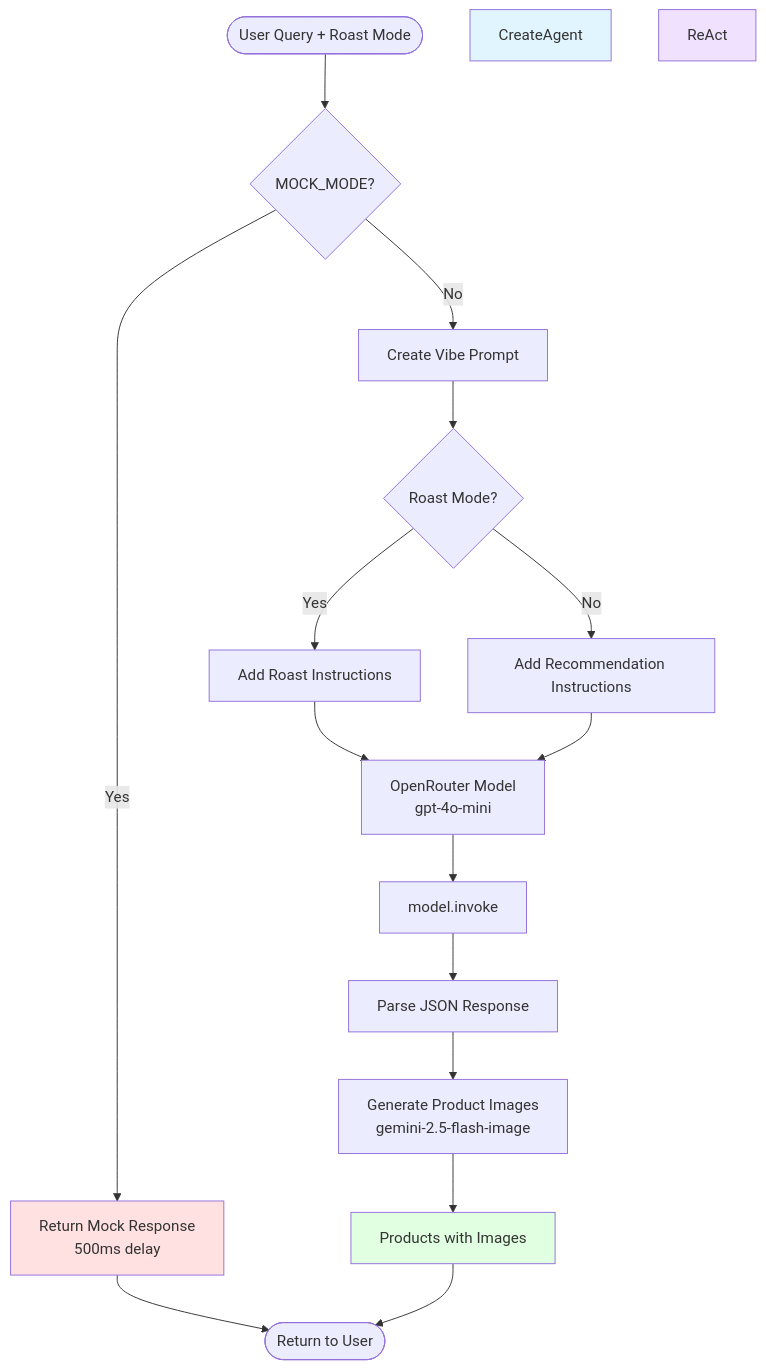
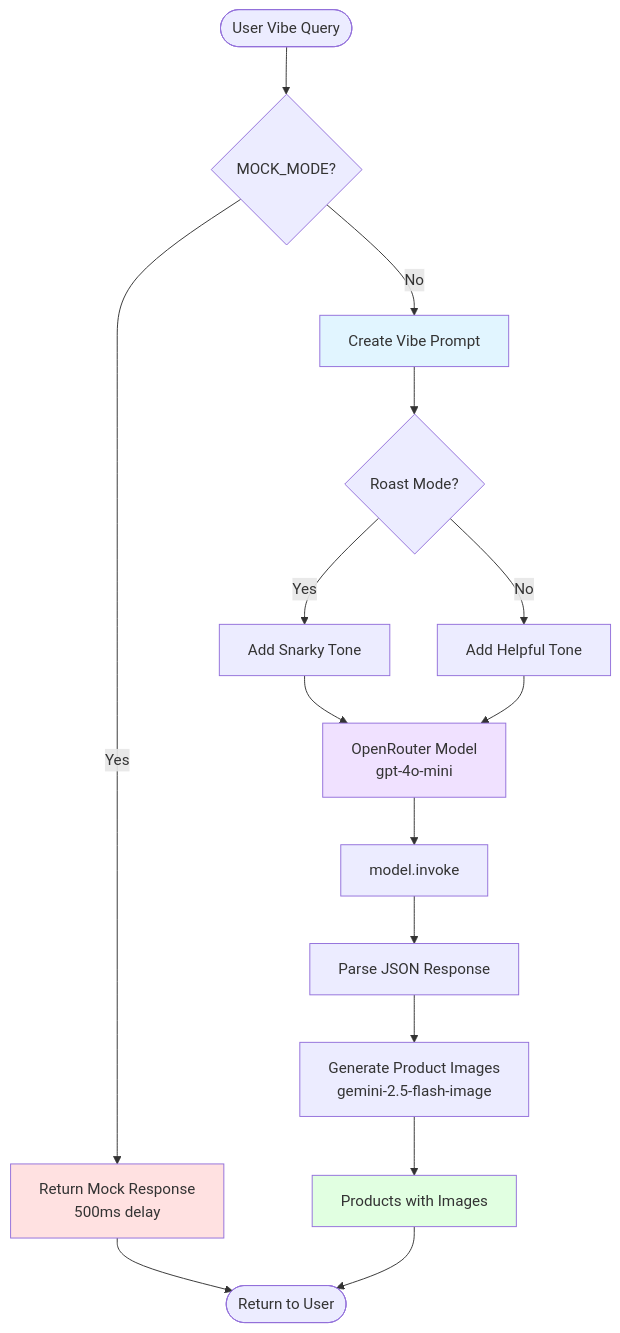
The fifth of 11 diagrams in ARCHITECTURE.md (shrutikapoor08/codetv-openrouter-vibe-to-cart), drawn with Mermaid before and after one commit. The commit also changed other lines of this file, not shown here.

First line of the commit message:
docs: split AI Agent Service into Recommendations and Roast Me services in architecture

````diff
--- a/ARCHITECTURE.md
+++ b/ARCHITECTURE.md
@@ -329,28 +335,28 @@
 ```mermaid
 flowchart TD
-    Start([User Query + Roast Mode]) --> MockCheck{MOCK_MODE?}
+    Start([User Vibe Query]) --> MockCheck{MOCK_MODE?}
 
     MockCheck -->|Yes| MockResponse[Return Mock Response<br/>500ms delay]
     MockCheck -->|No| CreatePrompt[Create Vibe Prompt]
 
     CreatePrompt --> RoastCheck{Roast Mode?}
-    RoastCheck -->|Yes| RoastPrompt[Add Roast Instructions]
-    RoastCheck -->|No| NicePrompt[Add Recommendation Instructions]
+    RoastCheck -->|Yes| RoastPrompt[Add Snarky Tone]
+    RoastCheck -->|No| NicePrompt[Add Helpful Tone]
 
     RoastPrompt --> ModelInit[OpenRouter Model<br/>gpt-4o-mini]
     NicePrompt --> ModelInit
 
     ModelInit --> Invoke[model.invoke]
 
     Invoke --> ParseResponse[Parse JSON Response]
     ParseResponse --> AddImages[Generate Product Images<br/>gemini-2.5-flash-image]
 
     AddImages --> Response[Products with Images]
     MockResponse --> End([Return to User])
     Response --> End
 
     style MockResponse fill:#ffe1e1
-    style CreateAgent fill:#e1f5ff
-    style ReAct fill:#f0e1ff
+    style CreatePrompt fill:#e1f5ff
+    style ModelInit fill:#f0e1ff
     style Response fill:#e1ffe1
 ```
````
